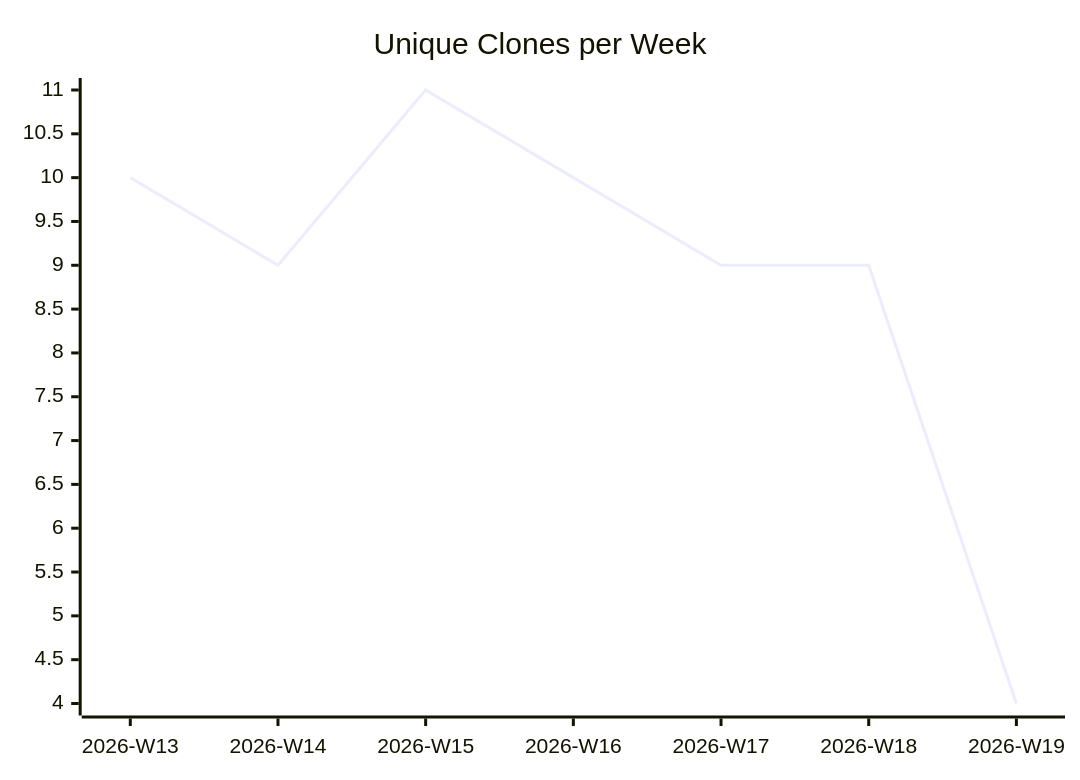
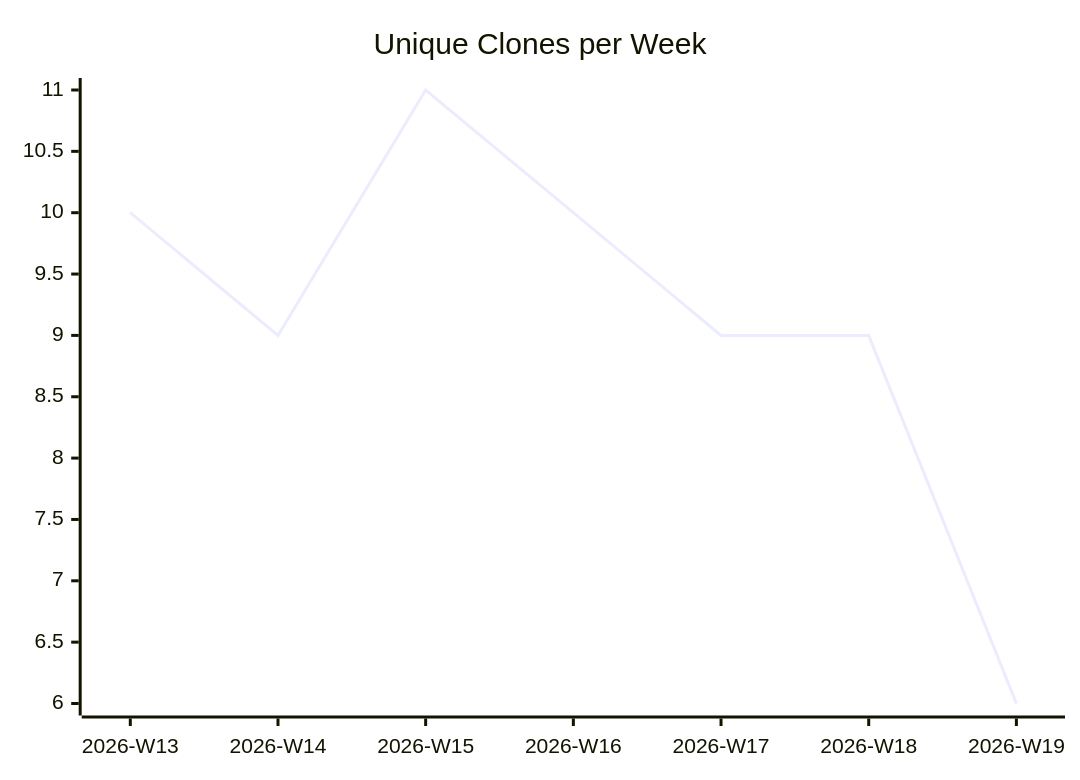
The third of 3 diagrams in karlmdavis/usgs-water-api-java/README.md (justdavis-family/github-analytics-data), drawn with Mermaid before and after one commit. The commit also changed other lines of this file and 177 other files, not shown here.

````diff
--- a/karlmdavis/usgs-water-api-java/README.md
+++ b/karlmdavis/usgs-water-api-java/README.md
@@ -19,6 +19,6 @@
 ```mermaid
 xychart-beta
   title "Unique Clones per Week"
   x-axis ["2026-W13", "2026-W14", "2026-W15", "2026-W16", "2026-W17", "2026-W18", "2026-W19"]
-  line [10, 9, 11, 10, 9, 9, 4]
+  line [10, 9, 11, 10, 9, 9, 6]
 ```
````
